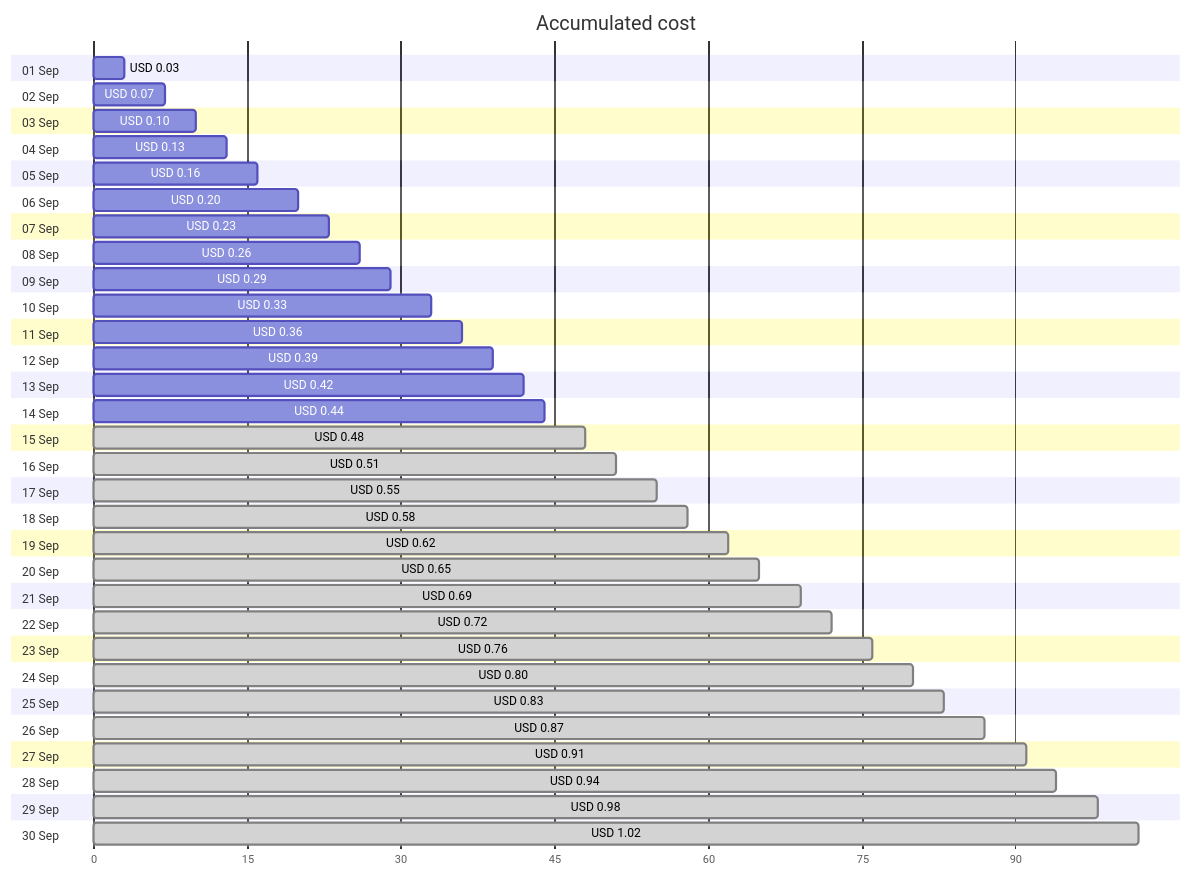
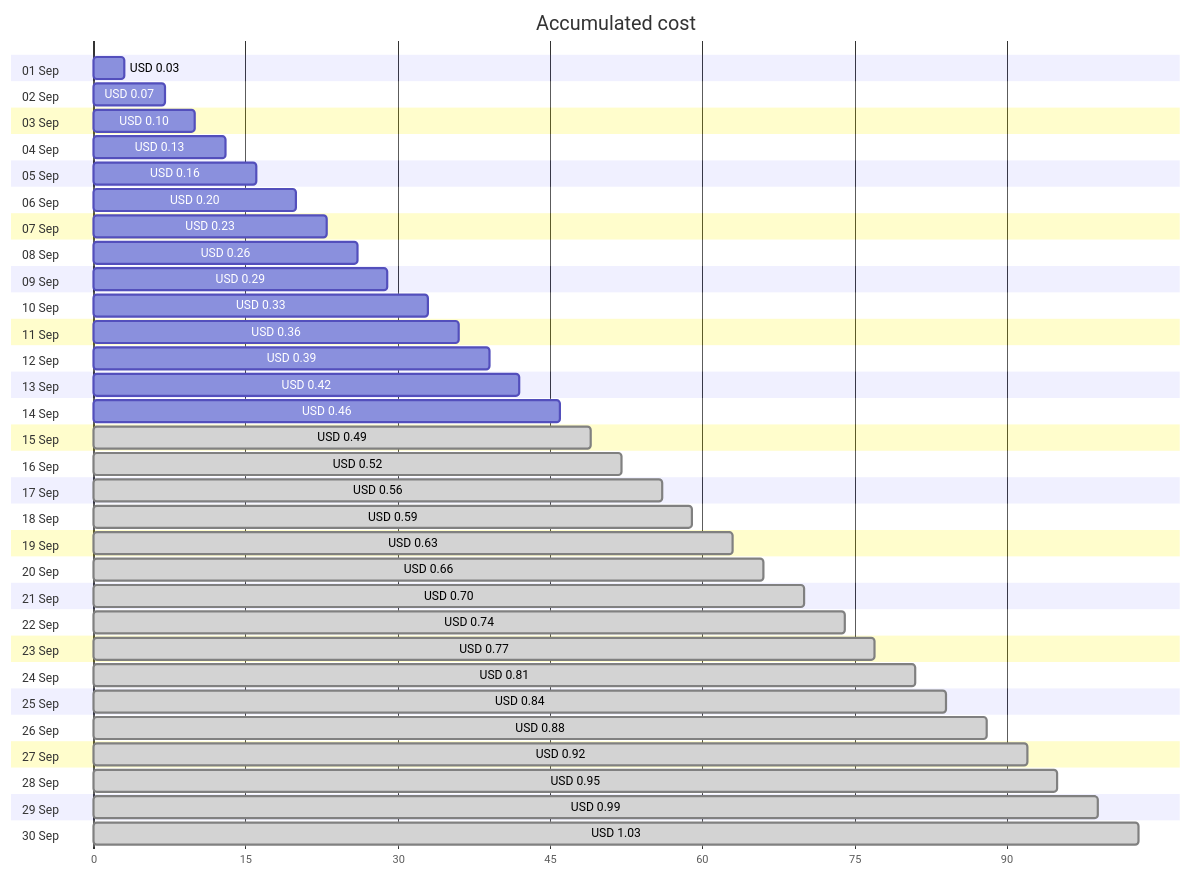
Before and after one commit to jpfulton/azure-personal-reports: the first of 4 diagrams in cost-reports/personal-dns/resource-group-summary.md, drawn with Mermaid. The commit also changed other lines of this file and 37 other files, not shown here.

````diff
--- a/cost-reports/personal-dns/resource-group-summary.md
+++ b/cost-reports/personal-dns/resource-group-summary.md
@@ -20,66 +20,66 @@
 ```mermaid
 gantt
    title Accumulated cost
    dateFormat  X
    axisFormat %s
    section 01 Sep
    USD 0.03 :0, 3
    section 02 Sep
    USD 0.07 :0, 7
    section 03 Sep
    USD 0.10 :0, 10
    section 04 Sep
    USD 0.13 :0, 13
    section 05 Sep
    USD 0.16 :0, 16
    section 06 Sep
    USD 0.20 :0, 20
    section 07 Sep
    USD 0.23 :0, 23
    section 08 Sep
    USD 0.26 :0, 26
    section 09 Sep
    USD 0.29 :0, 29
    section 10 Sep
    USD 0.33 :0, 33
    section 11 Sep
    USD 0.36 :0, 36
    section 12 Sep
    USD 0.39 :0, 39
    section 13 Sep
    USD 0.42 :0, 42
    section 14 Sep
-   USD 0.44 :0, 44
+   USD 0.46 :0, 46
    section 15 Sep
-   USD 0.48 : done, 0, 48
+   USD 0.49 : done, 0, 49
    section 16 Sep
-   USD 0.51 : done, 0, 51
+   USD 0.52 : done, 0, 52
    section 17 Sep
-   USD 0.55 : done, 0, 55
+   USD 0.56 : done, 0, 56
    section 18 Sep
-   USD 0.58 : done, 0, 58
+   USD 0.59 : done, 0, 59
    section 19 Sep
-   USD 0.62 : done, 0, 62
+   USD 0.63 : done, 0, 63
    section 20 Sep
-   USD 0.65 : done, 0, 65
+   USD 0.66 : done, 0, 66
    section 21 Sep
-   USD 0.69 : done, 0, 69
+   USD 0.70 : done, 0, 70
    section 22 Sep
-   USD 0.72 : done, 0, 72
+   USD 0.74 : done, 0, 74
    section 23 Sep
-   USD 0.76 : done, 0, 76
+   USD 0.77 : done, 0, 77
    section 24 Sep
-   USD 0.80 : done, 0, 80
+   USD 0.81 : done, 0, 81
    section 25 Sep
-   USD 0.83 : done, 0, 83
+   USD 0.84 : done, 0, 84
    section 26 Sep
-   USD 0.87 : done, 0, 87
+   USD 0.88 : done, 0, 88
    section 27 Sep
-   USD 0.91 : done, 0, 91
+   USD 0.92 : done, 0, 92
    section 28 Sep
-   USD 0.94 : done, 0, 94
+   USD 0.95 : done, 0, 95
    section 29 Sep
-   USD 0.98 : done, 0, 98
+   USD 0.99 : done, 0, 99
    section 30 Sep
-   USD 1.02 : done, 0, 102
+   USD 1.03 : done, 0, 103
 ```
````
